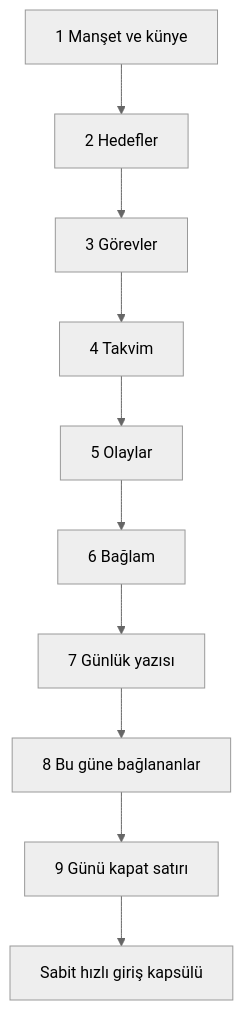
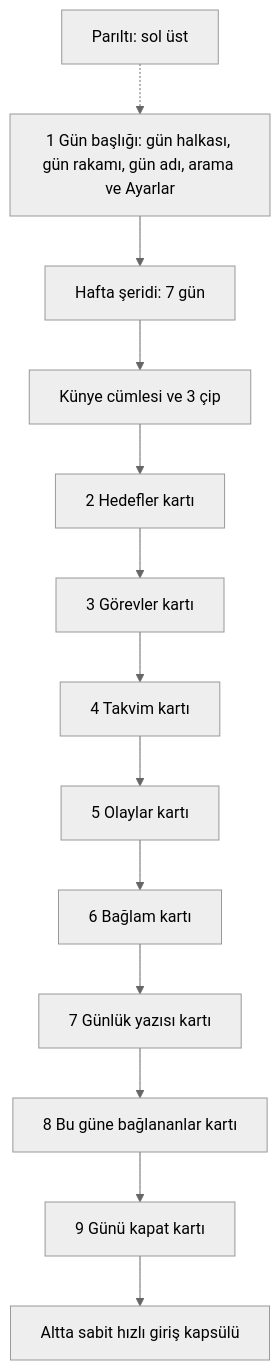
One commit to dogancanyildiz/kenet changed the fourth of 19 diagrams in docs/screens.md. Above: the diagram before and after it, drawn with Mermaid (neutral theme). The commit also changed other lines of this file and 3 other files, not shown here.

````diff
--- a/docs/screens.md
+++ b/docs/screens.md
@@ -172,12 +173,15 @@
 ```mermaid
 flowchart TD
-    A[1 Manşet ve künye] --> B[2 Hedefler]
-    B --> C[3 Görevler]
-    C --> D[4 Takvim]
-    D --> E[5 Olaylar]
-    E --> F[6 Bağlam]
-    F --> G[7 Günlük yazısı]
-    G --> H[8 Bu güne bağlananlar]
-    H --> I[9 Günü kapat satırı]
-    I --> J[Sabit hızlı giriş kapsülü]
+    P[Parıltı: sol üst] -.-> A
+    A[1 Gün başlığı: gün halkası, gün rakamı, gün adı, arama ve Ayarlar] --> W[Hafta şeridi: 7 gün]
+    W --> K[Künye cümlesi ve 3 çip]
+    K --> B[2 Hedefler kartı]
+    B --> C[3 Görevler kartı]
+    C --> D[4 Takvim kartı]
+    D --> E[5 Olaylar kartı]
+    E --> F[6 Bağlam kartı]
+    F --> G[7 Günlük yazısı kartı]
+    G --> H[8 Bu güne bağlananlar kartı]
+    H --> I[9 Günü kapat kartı]
+    I --> J[Altta sabit hızlı giriş kapsülü]
 ```
````
